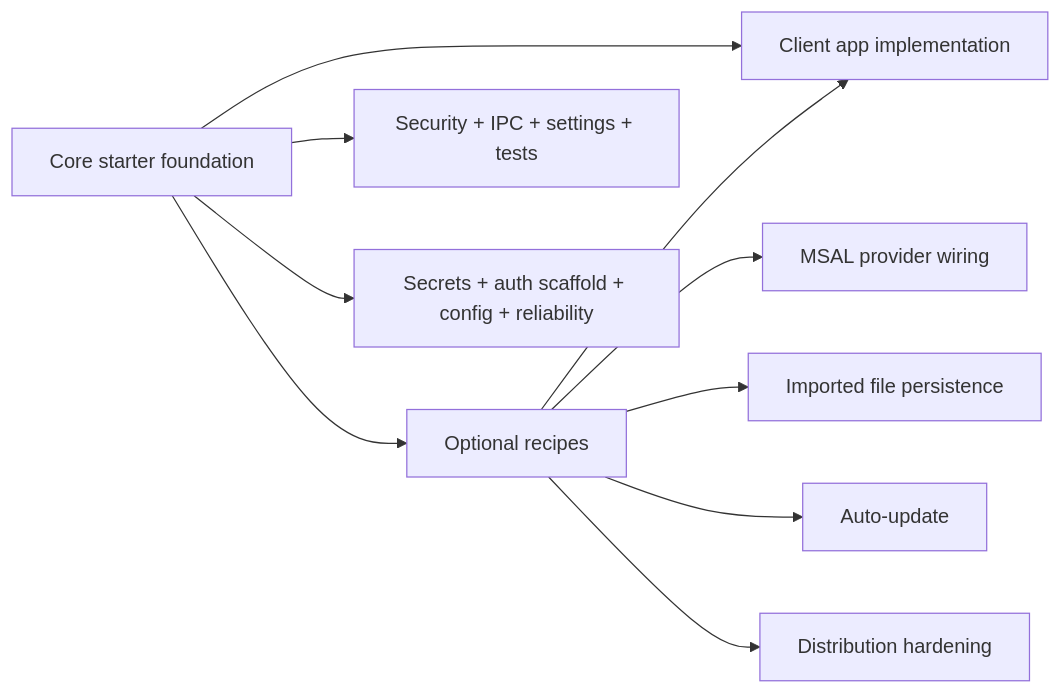
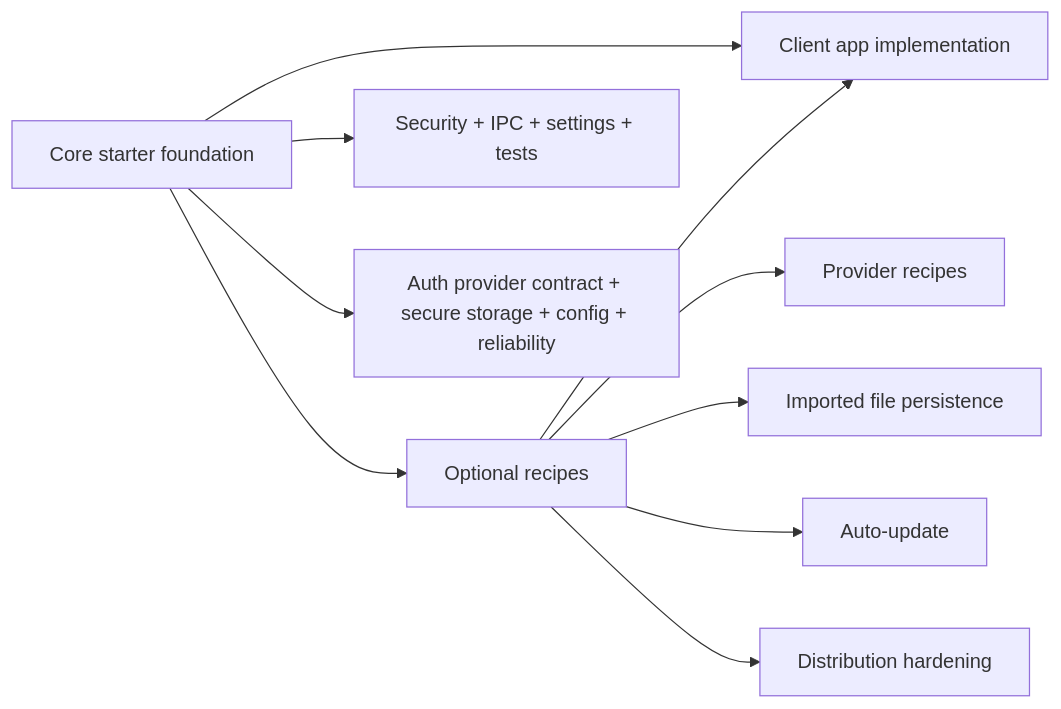
The diagram in docs/roadmap.md (AchuAshwath/electron-react-starter-kit), drawn with Mermaid before and after one commit. The commit also changed other lines of this file and 31 other files, not shown here.

First line of the commit message:
feat(auth): Add provider-neutral auth session foundation (#18)

````diff
--- a/docs/roadmap.md
+++ b/docs/roadmap.md
@@ -7,13 +7,13 @@
 ```mermaid
 flowchart LR
 	Foundation["Core starter foundation"] --> ClientApp["Client app implementation"]
 	Foundation --> Recipes["Optional recipes"]
 	Recipes --> ClientApp
 
 	Foundation --> Security["Security + IPC + settings + tests"]
-	Foundation --> FutureCore["Secrets + auth scaffold + config + reliability"]
-	Recipes --> Auth["MSAL provider wiring"]
+	Foundation --> FutureCore["Auth provider contract + secure storage + config + reliability"]
+	Recipes --> Auth["Provider recipes"]
 	Recipes --> Files["Imported file persistence"]
 	Recipes --> Updates["Auto-update"]
 	Recipes --> Distribution["Distribution hardening"]
 ```
````
